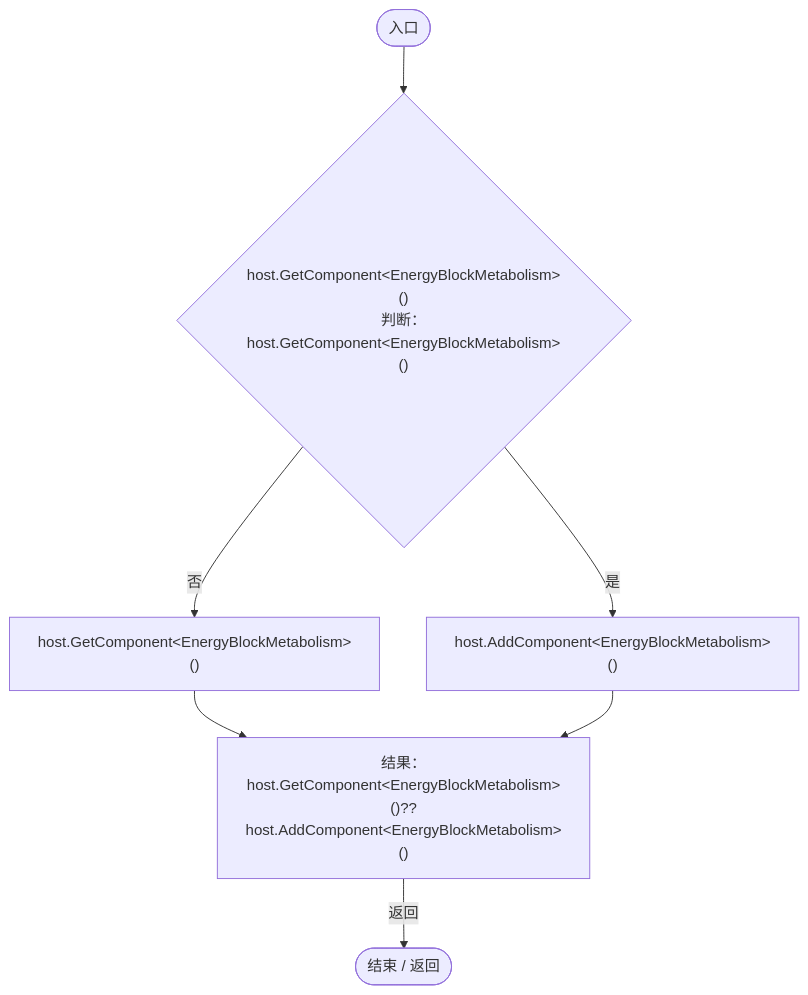
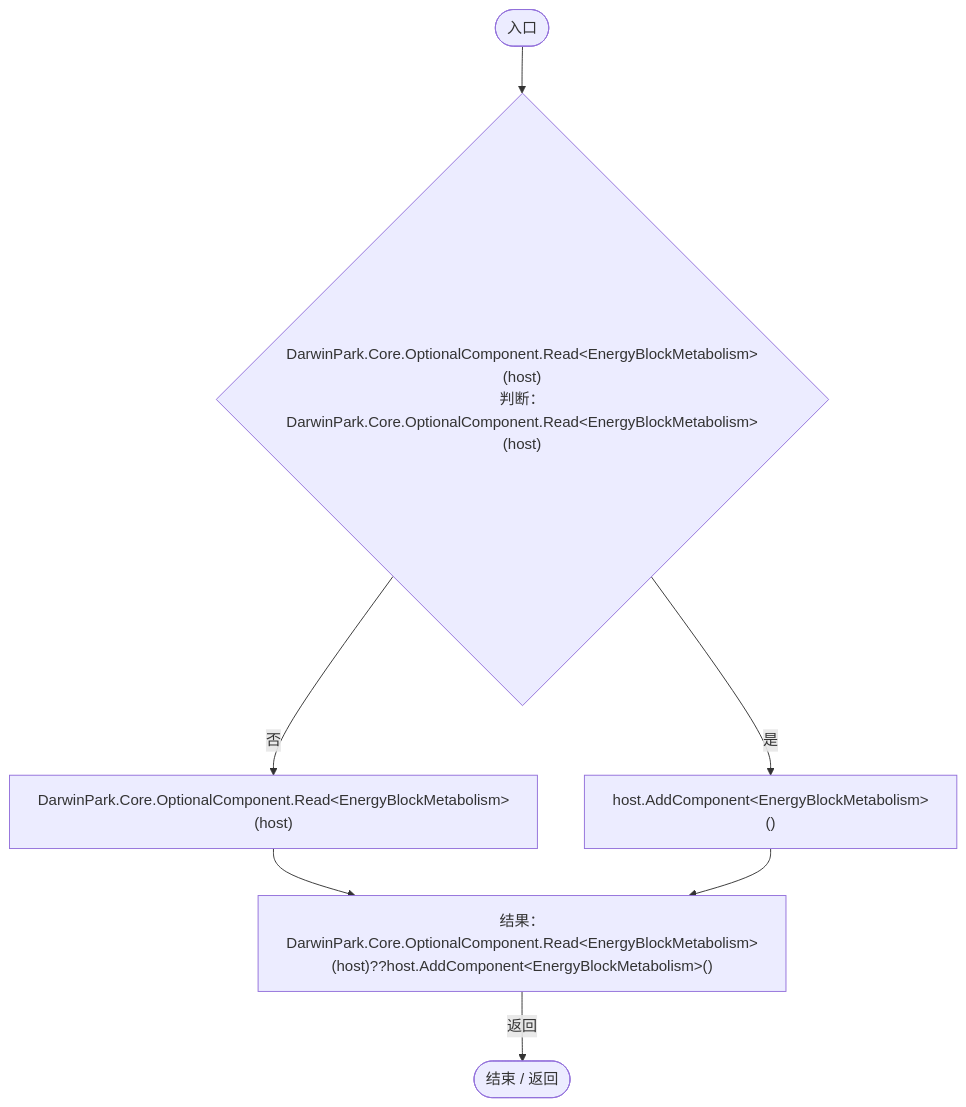
Before and after one commit to xhs6666/Darwin_paradise: the second of 7 diagrams in Docs/运行流程图/脚本/123c1bf82bdb8ea2.md, drawn with Mermaid. The commit also changed other lines of this file and 297 other files, not shown here.

````diff
--- a/Docs/运行流程图/脚本/123c1bf82bdb8ea2.md
+++ b/Docs/运行流程图/脚本/123c1bf82bdb8ea2.md
@@ -39,16 +39,16 @@
 ```mermaid
 flowchart TD
   b0(["入口"])
-  b1{"host.GetComponent&lt;EnergyBlockMetabolism&gt;()<br/>判断：host.GetComponent&lt;EnergyBlockMetabolism&gt;()"}
-  b2["host.GetComponent&lt;EnergyBlockMetabolism&gt;()"]
+  b1{"DarwinPark.Core.OptionalComponent.Read&lt;EnergyBlockMetabolism&gt;(host)<br/>判断：DarwinPark.Core.OptionalComponent.Read&lt;EnergyBlockMetabolism&gt;(host)"}
+  b2["DarwinPark.Core.OptionalComponent.Read&lt;EnergyBlockMetabolism&gt;(host)"]
   b3["host.AddComponent&lt;EnergyBlockMetabolism&gt;()"]
-  b4["结果：host.GetComponent&lt;EnergyBlockMetabolism&gt;()??host.AddComponent&lt;EnergyBlockMetabolism&gt;()"]
+  b4["结果：DarwinPark.Core.OptionalComponent.Read&lt;EnergyBlockMetabolism&gt;(host)??host.AddComponent&lt;EnergyBlockMetabolism&gt;()"]
   b5(["结束 / 返回"])
   b0 --> b1
   b1 -->|"否"| b2
   b1 -->|"是"| b3
   b2 --> b4
   b3 --> b4
   b4 -->|"返回"| b5
 
 ```
````
